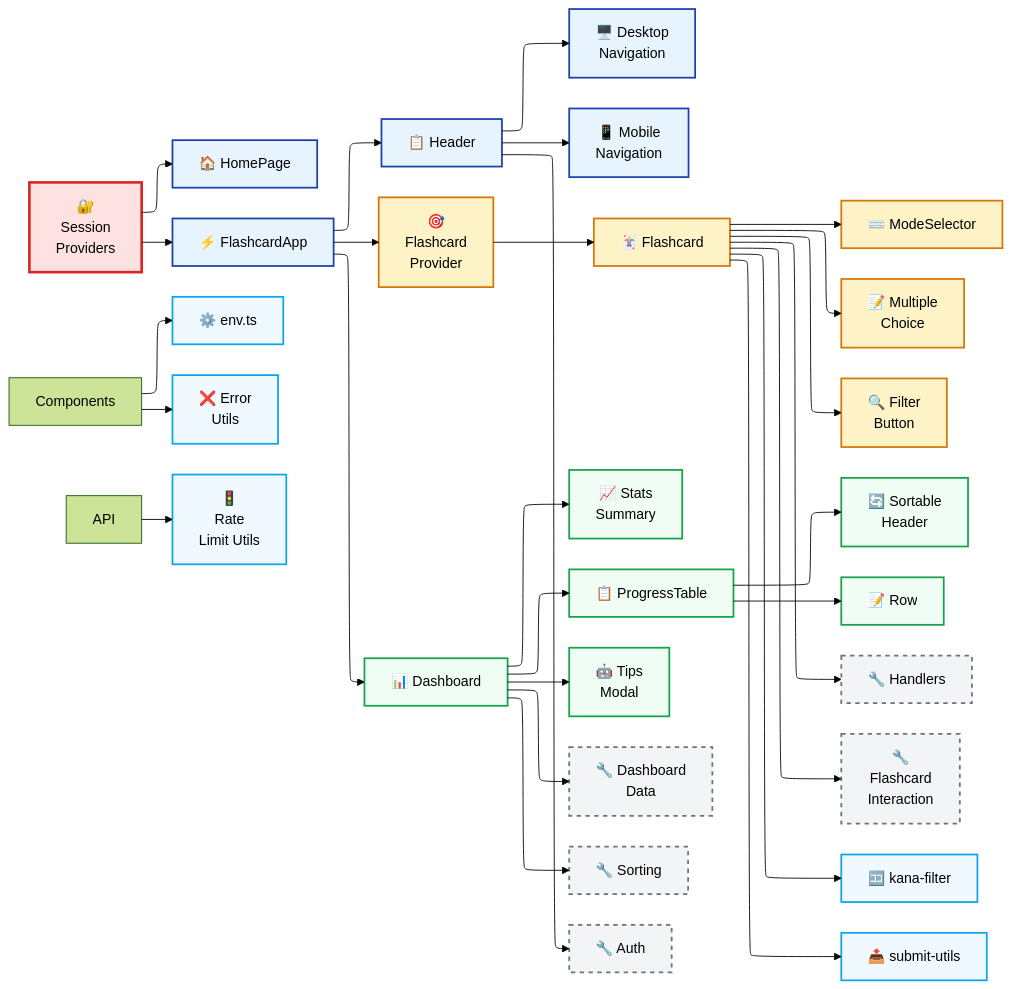
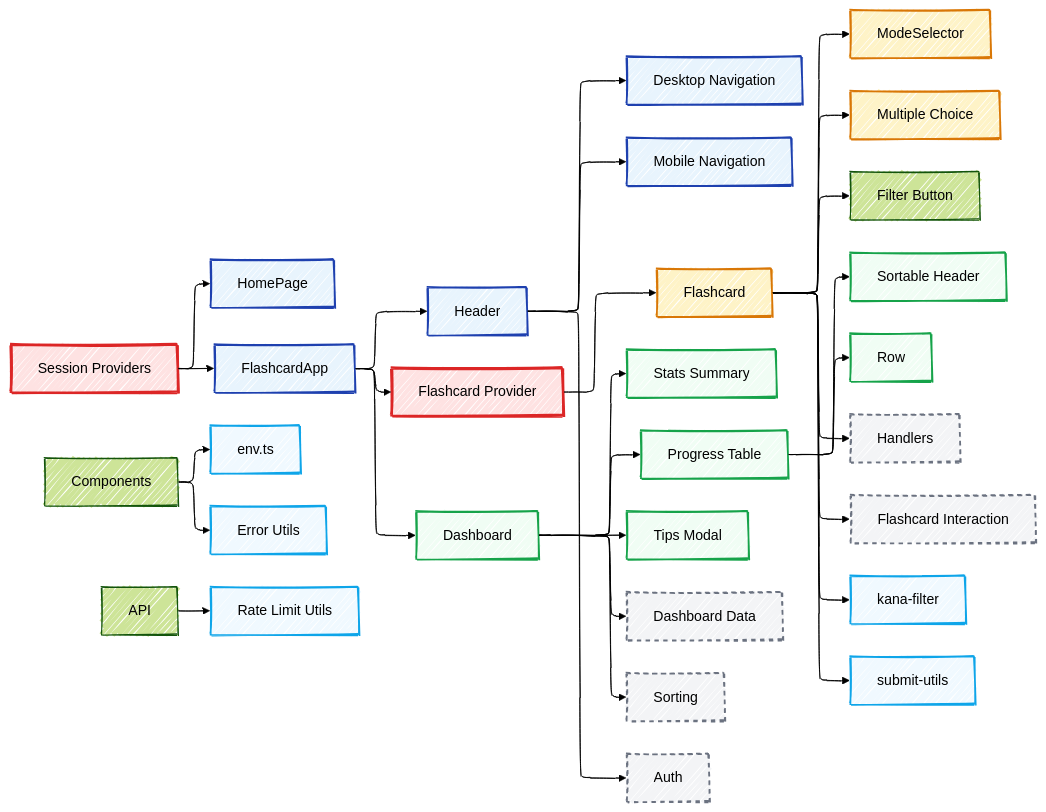
The diagram in docs/mermaid/component.mmd (sakan811/SakuMari), drawn with Mermaid before and after one commit. The commit also changed 14 other files, not shown here.

First line of the commit message:
docs: update architecture diagrams and package dependencies

```diff
--- a/docs/mermaid/component.mmd
+++ b/docs/mermaid/component.mmd
@@ -1,71 +1,60 @@
 ---
 config:
   theme: 'forest'
-  defaultRenderer: "elk"
+  look: handDrawn
+  displayMode: compact
   layout: elk
+  elk:
+    mergeEdges: true
+    nodePlacementStrategy: LINEAR_SEGMENTS
 ---
 flowchart LR
-    SessionProviders["🔐<br/>Session<br/>Providers"]
+    SessionProviders["Session Providers"]
 
-    SessionProviders --> HomePage["🏠 HomePage"]
-    SessionProviders --> FlashcardApp["⚡ FlashcardApp"]
+    SessionProviders --> HomePage["HomePage"]
+    SessionProviders --> FlashcardApp["FlashcardApp"]
 
-    FlashcardApp --> Header["📋 Header"]
-    FlashcardApp --> FlashcardProvider["🎯<br/>Flashcard<br/>Provider"]
+    FlashcardApp --> Header["Header"]
+    FlashcardApp --> FlashcardProvider["Flashcard Provider"]
 
-    Header --> DesktopNavigation["🖥️ Desktop<br/>Navigation"]
-    Header --> MobileNavigation["📱 Mobile<br/>Navigation"]
+    Header --> DesktopNavigation["Desktop Navigation"]
+    Header --> MobileNavigation["Mobile Navigation"]
 
-    FlashcardProvider --> Flashcard["🃏 Flashcard"]
-    Flashcard --> ModeSelector["⌨️ ModeSelector"]
-    Flashcard --> MultipleChoice["📝 Multiple<br/>Choice"]
-    Flashcard --> FilterButton["🔍 Filter<br/>Button"]
+    FlashcardProvider --> Flashcard["Flashcard"]
+    Flashcard --> ModeSelector["ModeSelector"]
+    Flashcard --> MultipleChoice["Multiple Choice"]
+    Flashcard --> FilterButton["Filter Button"]
 
-    FlashcardApp --> Dashboard["📊 Dashboard"]
-    Dashboard --> StatsSummary["📈 Stats<br/>Summary"]
-    Dashboard --> CharacterProgressTable["📋 ProgressTable"]
-    Dashboard --> TipsModal["🤖 Tips<br/>Modal"]
+    FlashcardApp --> Dashboard["Dashboard"]
+    Dashboard --> StatsSummary["Stats Summary"]
+    Dashboard --> CharacterProgressTable["Progress Table"]
+    Dashboard --> TipsModal["Tips Modal"]
 
-    CharacterProgressTable --> SortableHeader["🔄 Sortable<br/>Header"]
-    CharacterProgressTable --> TableRow["📝 Row"]
+    CharacterProgressTable --> SortableHeader["Sortable Header"]
+    CharacterProgressTable --> TableRow["Row"]
 
-    Dashboard --> useDashboardData["🔧 Dashboard<br/>Data"]
-    Dashboard --> useSorting["🔧 Sorting"]
-    Header --> useAuthStatus["🔧 Auth"]
-    Flashcard --> useFlashcardHandlers["🔧 Handlers"]
-    Flashcard --> useFlashcardInteraction["🔧<br/>Flashcard<br/>Interaction"]
+    Dashboard --> useDashboardData["Dashboard Data"]
+    Dashboard --> useSorting["Sorting"]
+    Header --> useAuthStatus["Auth"]
+    Flashcard --> useFlashcardHandlers["Handlers"]
+    Flashcard --> useFlashcardInteraction["Flashcard Interaction"]
 
-    Components --> EnvUtils["⚙️ env.ts"]
-    Components --> ErrorUtils["❌ Error<br/>Utils"]
-    Flashcard --> KanaFilter["🈁 kana-filter"]
-    Flashcard --> SubmitUtils["📤 submit-utils"]
-    API --> RateLimitUtils["🚦<br/>Rate<br/>Limit Utils"]
+    Components --> EnvUtils["env.ts"]
+    Components --> ErrorUtils["Error Utils"]
+    Flashcard --> KanaFilter["kana-filter"]
+    Flashcard --> SubmitUtils["submit-utils"]
+    API --> RateLimitUtils["Rate Limit Utils"]
 
     classDef coreComponent fill:#e8f4fd,stroke:#1e40af,stroke-width:2px
     classDef practiceComponent fill:#fef3c7,stroke:#d97706,stroke-width:2px
     classDef dashboardComponent fill:#f0fdf4,stroke:#16a34a,stroke-width:2px
     classDef contextProvider fill:#fee2e2,stroke:#dc2626,stroke-width:3px
     classDef customHook fill:#f3f4f6,stroke:#6b7280,stroke-width:2px,stroke-dasharray: 5 5
     classDef utilityLib fill:#f0f9ff,stroke:#0ea5e9,stroke-width:2px
 
-    %% Individual node styles for problematic text
-    style SessionProviders fill:#fee2e2,stroke:#dc2626,stroke-width:3px,padding:15px
-    style FlashcardProvider fill:#fef3c7,stroke:#d97706,stroke-width:2px,padding:15px
-    style DesktopNavigation fill:#e8f4fd,stroke:#1e40af,stroke-width:2px,padding:12px
-    style MobileNavigation fill:#e8f4fd,stroke:#1e40af,stroke-width:2px,padding:12px
-    style MultipleChoice fill:#fef3c7,stroke:#d97706,stroke-width:2px,padding:12px
-    style FilterButton fill:#fef3c7,stroke:#d97706,stroke-width:2px,padding:12px
-    style StatsSummary fill:#f0fdf4,stroke:#16a34a,stroke-width:2px,padding:12px
-    style TipsModal fill:#f0fdf4,stroke:#16a34a,stroke-width:2px,padding:12px
-    style SortableHeader fill:#f0fdf4,stroke:#16a34a,stroke-width:2px,padding:12px
-    style useDashboardData fill:#f3f4f6,stroke:#6b7280,stroke-width:2px,padding:12px
-    style useFlashcardInteraction fill:#f3f4f6,stroke:#6b7280,stroke-width:2px,padding:12px
-    style ErrorUtils fill:#f0f9ff,stroke:#0ea5e9,stroke-width:2px,padding:12px
-    style RateLimitUtils fill:#f0f9ff,stroke:#0ea5e9,stroke-width:2px,padding:12px
-
     class SessionProviders,HomePage,FlashcardApp,Header,DesktopNavigation,MobileNavigation coreComponent
     class Flashcard,ModeSelector,MultipleChoice,FlashcardProvider practiceComponent
     class Dashboard,StatsSummary,CharacterProgressTable,SortableHeader,TableRow,TipsModal dashboardComponent
     class FlashcardProvider,SessionProviders contextProvider
     class useDashboardData,useSorting,useAuthStatus,useFlashcardHandlers,useFlashcardInteraction customHook
     class EnvUtils,ErrorUtils,KanaFilter,SubmitUtils,RateLimitUtils utilityLib
```
